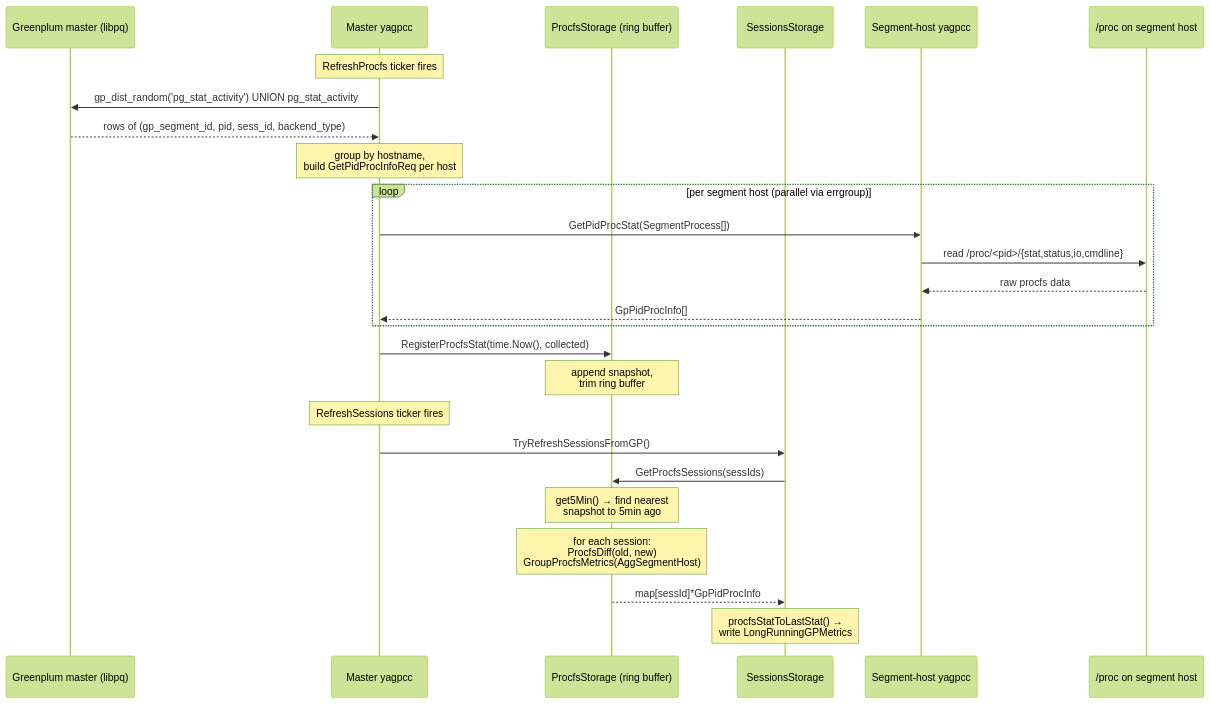
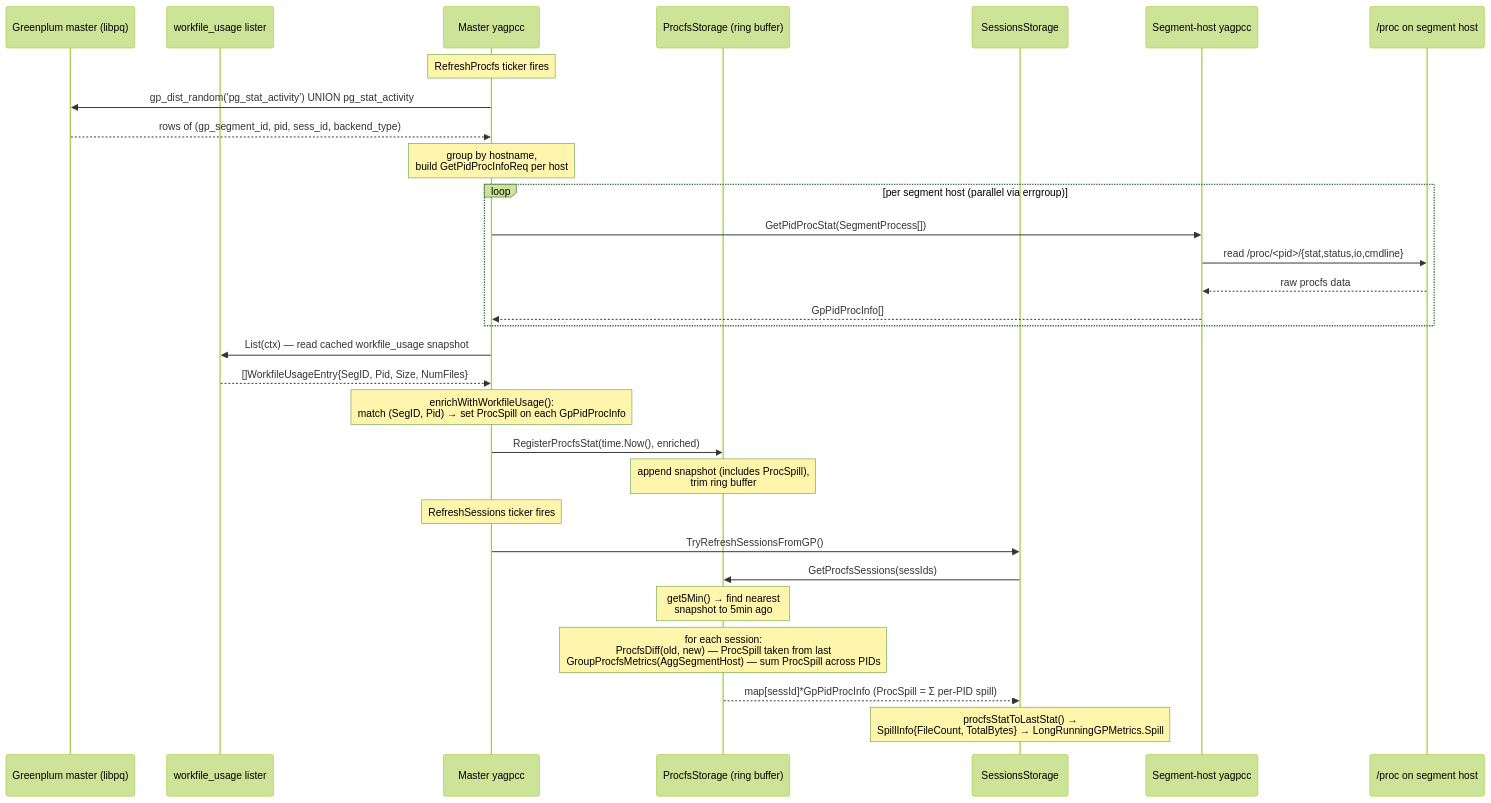
The diagram in docs/proc-stats-flow.md (open-gpdb/yagpcc), drawn with Mermaid (forest theme) before and after one commit. The commit also changed other lines of this file and 28 other files, not shown here.

First line of the commit message:
Gather per-pid spill info and show it in session LastMetrics (#45)

````diff
--- a/docs/proc-stats-flow.md
+++ b/docs/proc-stats-flow.md
@@ -241,30 +301,34 @@
 ```mermaid
 sequenceDiagram
     participant GP as Greenplum master (libpq)
+    participant WU as workfile_usage lister
     participant M as Master yagpcc
     participant PS as ProcfsStorage (ring buffer)
     participant SS as SessionsStorage
     participant SH as Segment-host yagpcc
     participant Procfs as /proc on segment host
 
     Note over M: RefreshProcfs ticker fires
     M->>GP: gp_dist_random('pg_stat_activity') UNION pg_stat_activity
     GP-->>M: rows of (gp_segment_id, pid, sess_id, backend_type)
     Note over M: group by hostname,<br/>build GetPidProcInfoReq per host
     loop per segment host (parallel via errgroup)
         M->>SH: GetPidProcStat(SegmentProcess[])
         SH->>Procfs: read /proc/<pid>/{stat,status,io,cmdline}
         Procfs-->>SH: raw procfs data
         SH-->>M: GpPidProcInfo[]
     end
-    M->>PS: RegisterProcfsStat(time.Now(), collected)
-    Note over PS: append snapshot,<br/>trim ring buffer
+    M->>WU: List(ctx) — read cached workfile_usage snapshot
+    WU-->>M: []WorkfileUsageEntry{SegID, Pid, Size, NumFiles}
+    Note over M: enrichWithWorkfileUsage():<br/>match (SegID, Pid) → set ProcSpill on each GpPidProcInfo
+    M->>PS: RegisterProcfsStat(time.Now(), enriched)
+    Note over PS: append snapshot (includes ProcSpill),<br/>trim ring buffer
 
     Note over M: RefreshSessions ticker fires
     M->>SS: TryRefreshSessionsFromGP()
     SS->>PS: GetProcfsSessions(sessIds)
     Note over PS: get5Min() → find nearest<br/>snapshot to 5min ago
-    Note over PS: for each session:<br/>ProcfsDiff(old, new)<br/>GroupProcfsMetrics(AggSegmentHost)
-    PS-->>SS: map[sessId]*GpPidProcInfo
-    Note over SS: procfsStatToLastStat() →<br/>write LongRunningGPMetrics
+    Note over PS: for each session:<br/>ProcfsDiff(old, new) — ProcSpill taken from last<br/>GroupProcfsMetrics(AggSegmentHost) — sum ProcSpill across PIDs
+    PS-->>SS: map[sessId]*GpPidProcInfo (ProcSpill = Σ per-PID spill)
+    Note over SS: procfsStatToLastStat() →<br/>SpillInfo{FileCount, TotalBytes} → LongRunningGPMetrics.Spill
 ```
````
